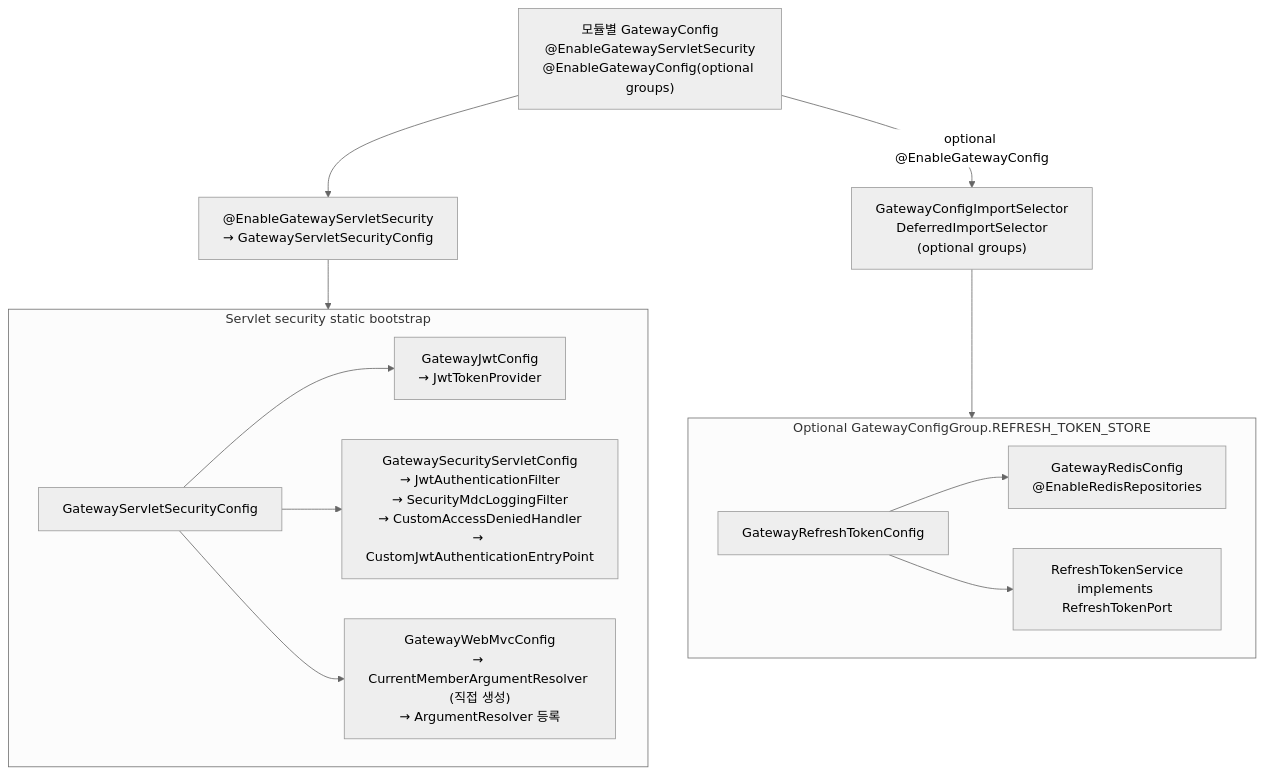
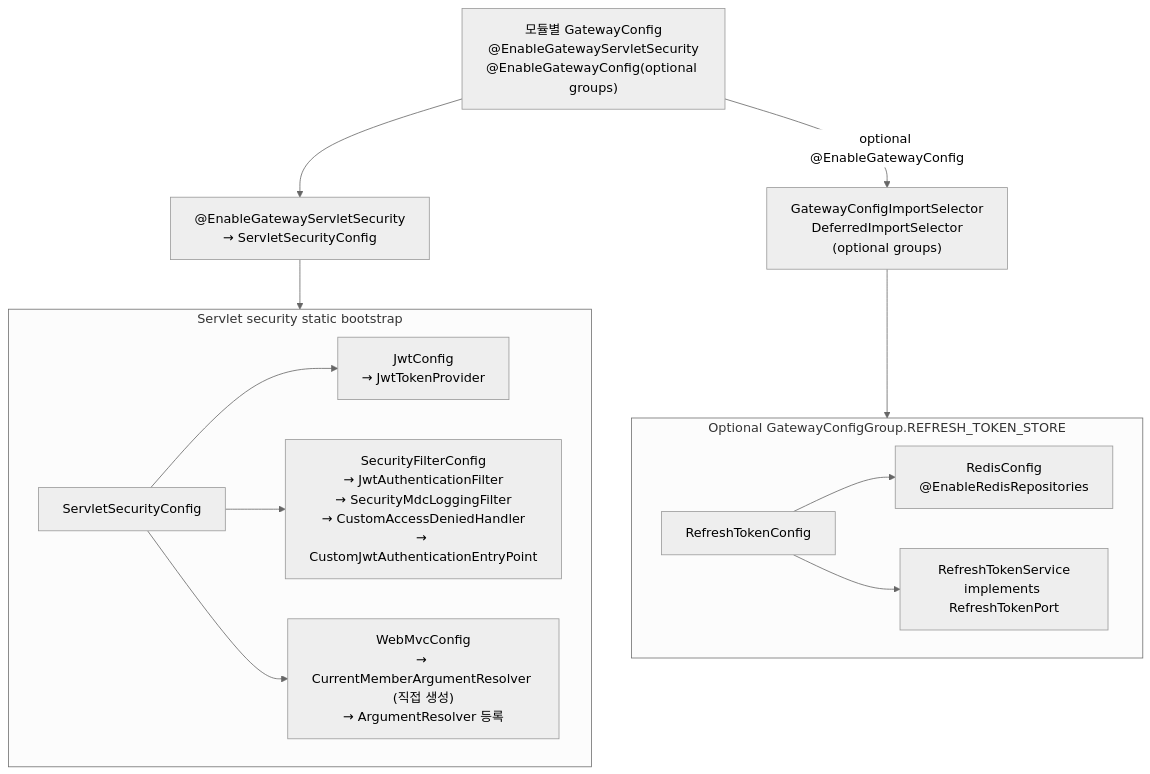
Before and after one commit to TEAM-BEAT/BEAT-SERVER: the second of 4 diagrams in gateway/README.md, drawn with Mermaid (neutral theme). The commit also changed other lines of this file and 78 other files, not shown here.

````diff
--- a/gateway/README.md
+++ b/gateway/README.md
@@ -83,30 +120,30 @@
 ```mermaid
 flowchart TB
     ModuleGatewayConfig["모듈별 GatewayConfig<br/>@EnableGatewayServletSecurity<br/>@EnableGatewayConfig(optional groups)"]
     Selector["GatewayConfigImportSelector<br/>DeferredImportSelector<br/>(optional groups)"]
 
-    ServletBootstrap["@EnableGatewayServletSecurity<br/>→ GatewayServletSecurityConfig"]
+    ServletBootstrap["@EnableGatewayServletSecurity<br/>→ ServletSecurityConfig"]
 
     subgraph SERVLET_BOOTSTRAP["Servlet security static bootstrap"]
-        ServletSecurityConfig["GatewayServletSecurityConfig"]
-        JwtConfig["GatewayJwtConfig<br/>→ JwtTokenProvider"]
-        SecurityConfig["GatewaySecurityServletConfig<br/>→ JwtAuthenticationFilter<br/>→ SecurityMdcLoggingFilter<br/>→ CustomAccessDeniedHandler<br/>→ CustomJwtAuthenticationEntryPoint"]
-        WebMvcConfig["GatewayWebMvcConfig<br/>→ CurrentMemberArgumentResolver (직접 생성)<br/>→ ArgumentResolver 등록"]
+        ServletSecurityConfig["ServletSecurityConfig"]
+        JwtConfig["JwtConfig<br/>→ JwtTokenProvider"]
+        SecurityConfig["SecurityFilterConfig<br/>→ JwtAuthenticationFilter<br/>→ SecurityMdcLoggingFilter<br/>→ CustomAccessDeniedHandler<br/>→ CustomJwtAuthenticationEntryPoint"]
+        WebMvcConfig["WebMvcConfig<br/>→ CurrentMemberArgumentResolver (직접 생성)<br/>→ ArgumentResolver 등록"]
     end
 
     subgraph REFRESH_TOKEN_STORE["Optional GatewayConfigGroup.REFRESH_TOKEN_STORE"]
-        RefreshTokenConfig["GatewayRefreshTokenConfig"]
-        RedisConfig["GatewayRedisConfig<br/>@EnableRedisRepositories"]
+        RefreshTokenConfig["RefreshTokenConfig"]
+        RedisConfig["RedisConfig<br/>@EnableRedisRepositories"]
         RefreshTokenService["RefreshTokenService<br/>implements RefreshTokenPort"]
     end
 
     ModuleGatewayConfig --> ServletBootstrap
     ModuleGatewayConfig -->|optional @EnableGatewayConfig| Selector
     ServletBootstrap --> SERVLET_BOOTSTRAP
     Selector --> REFRESH_TOKEN_STORE
     ServletSecurityConfig --> JwtConfig
     ServletSecurityConfig --> SecurityConfig
     ServletSecurityConfig --> WebMvcConfig
     RefreshTokenConfig --> RedisConfig
     RefreshTokenConfig --> RefreshTokenService
 ```
````
